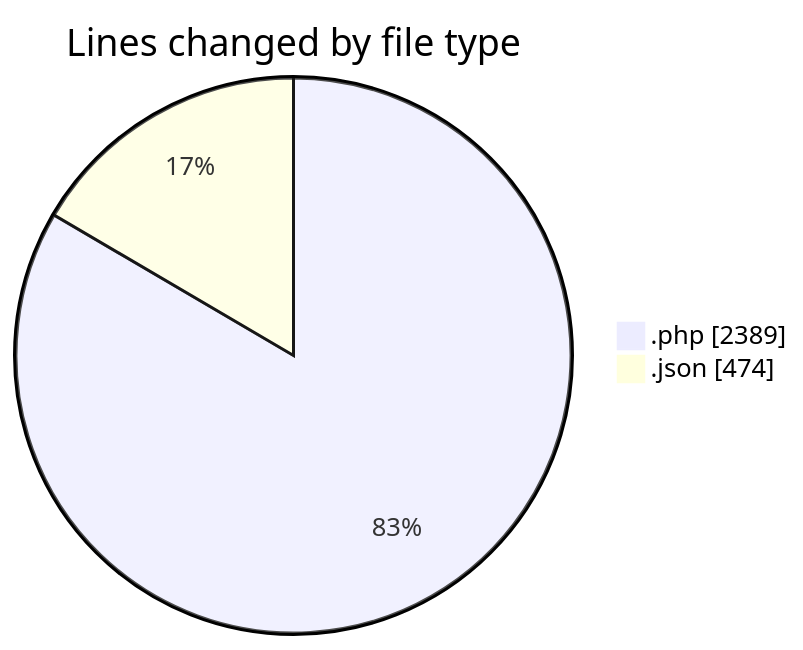
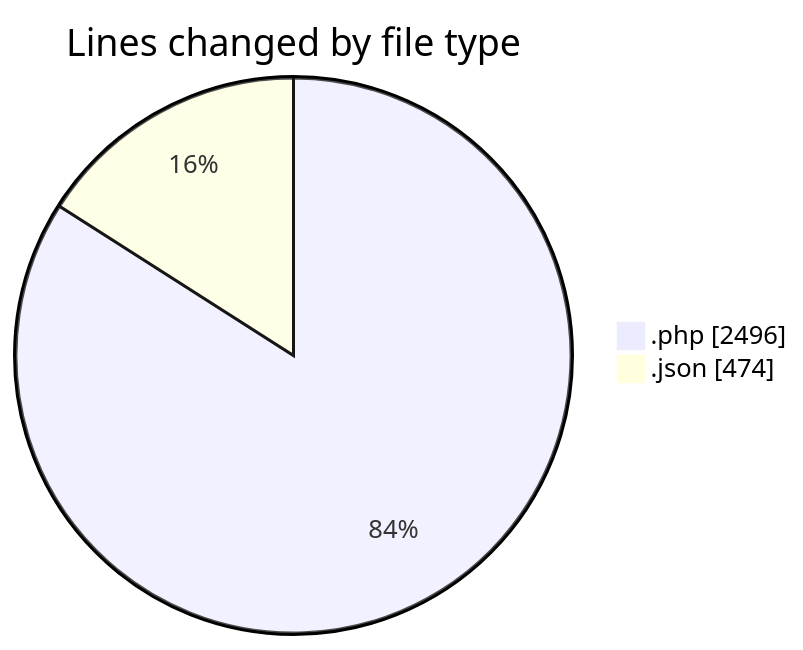
One commit to idhammustaqopulfikri/code-tracking changed the first of 2 diagrams in 2025-06-22/studio-backend/README.md. Above: the diagram before and after it, drawn with Mermaid. The commit also changed other lines of this file and 1 other file, not shown here.

````diff
--- a/2025-06-22/studio-backend/README.md
+++ b/2025-06-22/studio-backend/README.md
@@ -30,6 +30,6 @@
 ```mermaid
 pie showData
 title Lines changed by file type
-".php" : 2389
+".php" : 2496
 ".json" : 474
 ```
````
